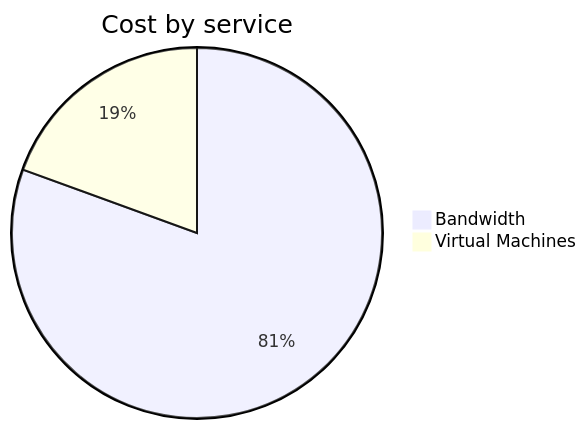
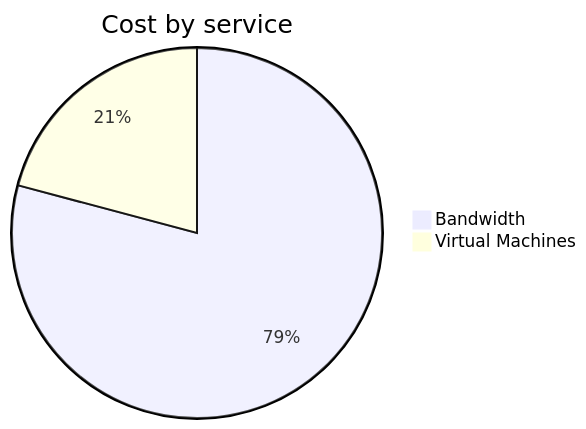
Before and after one commit to jpfulton/azure-personal-reports: the second of 4 diagrams in cost-reports/personal-network/vpn-server.md, drawn with Mermaid. The commit also changed other lines of this file and 8 other files, not shown here.

````diff
--- a/cost-reports/personal-network/vpn-server.md
+++ b/cost-reports/personal-network/vpn-server.md
@@ -92,6 +92,6 @@
 ```mermaid
 pie
    title Cost by service
    "Bandwidth" : 8.16
-   "Virtual Machines" : 1.97
+   "Virtual Machines" : 2.15
 ```
````
